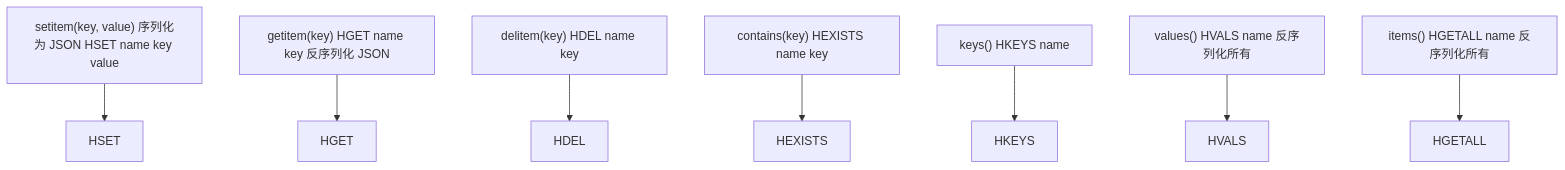
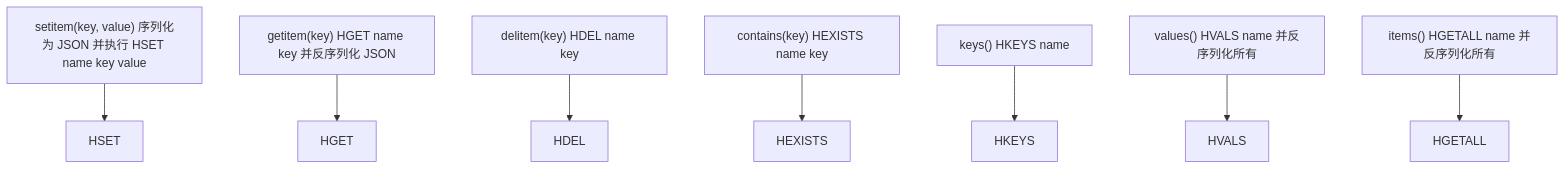
The fifth of 10 diagrams in tests/open-webui_deepwiki/zh/16-real-time-communication.md (Chesszyh/Wiki), drawn with Mermaid before and after one commit. The commit also changed other lines of this file and 234 other files, not shown here.

````diff
--- a/tests/open-webui_deepwiki/zh/16-real-time-communication.md
+++ b/tests/open-webui_deepwiki/zh/16-real-time-communication.md
@@ -257,25 +257,25 @@
 ```mermaid
 flowchart TD
-    SetItem["setitem(key, value) 序列化为 JSON HSET name key value"]
-    GetItem["getitem(key) HGET name key 反序列化 JSON"]
+    SetItem["setitem(key, value) 序列化为 JSON 并执行 HSET name key value"]
+    GetItem["getitem(key) HGET name key 并反序列化 JSON"]
     DelItem["delitem(key) HDEL name key"]
     Contains["contains(key) HEXISTS name key"]
     Keys["keys() HKEYS name"]
-    Values["values() HVALS name 反序列化所有"]
-    Items["items() HGETALL name 反序列化所有"]
+    Values["values() HVALS name 并反序列化所有"]
+    Items["items() HGETALL name 并反序列化所有"]
     HSET["HSET"]
     HGET["HGET"]
     HDEL["HDEL"]
     HEXISTS["HEXISTS"]
     HKEYS["HKEYS"]
     HVALS["HVALS"]
     HGETALL["HGETALL"]
 
     SetItem --> HSET
     GetItem --> HGET
     DelItem --> HDEL
     Contains --> HEXISTS
     Keys --> HKEYS
     Values --> HVALS
     Items --> HGETALL
 ```
````
